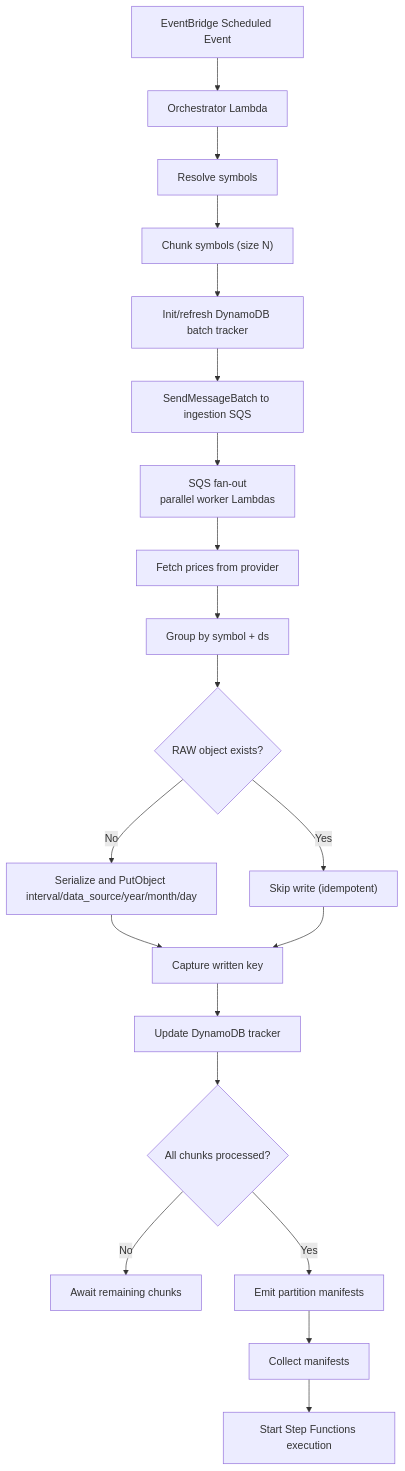
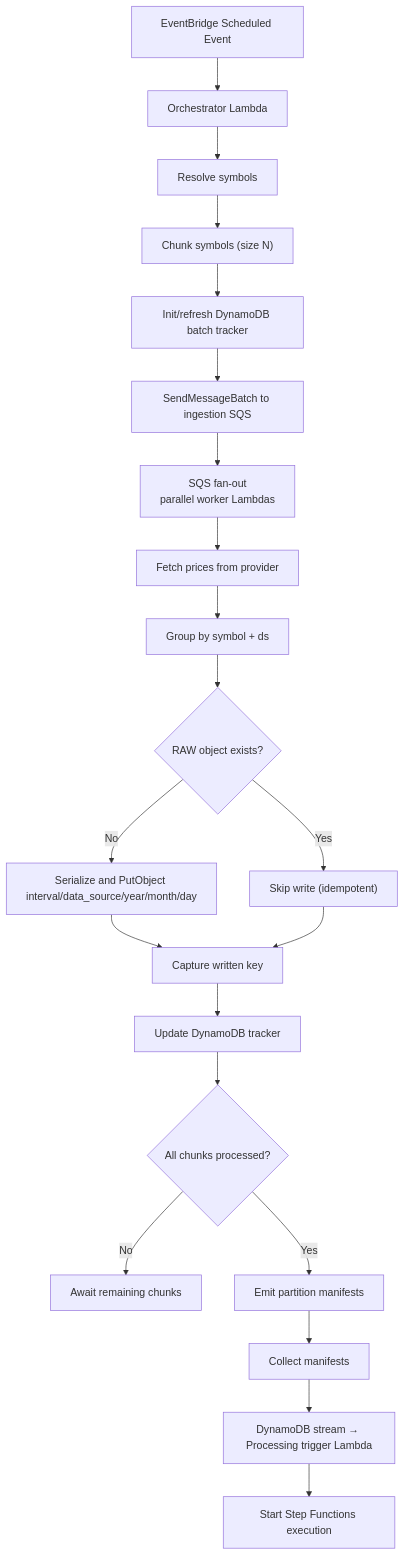
One commit to keemgdeok/fin-forge-pipeline changed the diagram in docs/diagrams/extract/02-flow.md. Above: the diagram before and after it, drawn with Mermaid. The commit also changed 23 other files, not shown here.

Commit message:
docs: update docs/diagrams/

````diff
--- a/docs/diagrams/extract/02-flow.md
+++ b/docs/diagrams/extract/02-flow.md
@@ -1,23 +1,23 @@
 ```mermaid
 flowchart TD
   A["EventBridge Scheduled Event"] --> B["Orchestrator Lambda"]
   B --> C["Resolve symbols"]
   C --> D["Chunk symbols (size N)"]
   D --> E["Init/refresh DynamoDB batch tracker"]
   E --> F["SendMessageBatch to ingestion SQS"]
   F --> G["SQS fan-out<br/>parallel worker Lambdas"]
   G --> H["Fetch prices from provider"]
   H --> I["Group by symbol + ds"]
   I --> J{RAW object exists?}
   J -->|Yes| K["Skip write (idempotent)"]
   J -->|No| L["Serialize and PutObject <br>interval/data_source/year/month/day"]
   L --> M["Capture written key"]
   K --> M
   M --> N["Update DynamoDB tracker"]
   N --> O{All chunks processed?}
   O -->|No| P["Await remaining chunks"]
   O -->|Yes| Q["Emit partition manifests"]
   Q --> R["Collect manifests"]
-  R --> S["Start Step Functions execution"]
-
+  R --> S["DynamoDB stream → Processing trigger Lambda"]
+  S --> T["Start Step Functions execution"]
 ```
````
